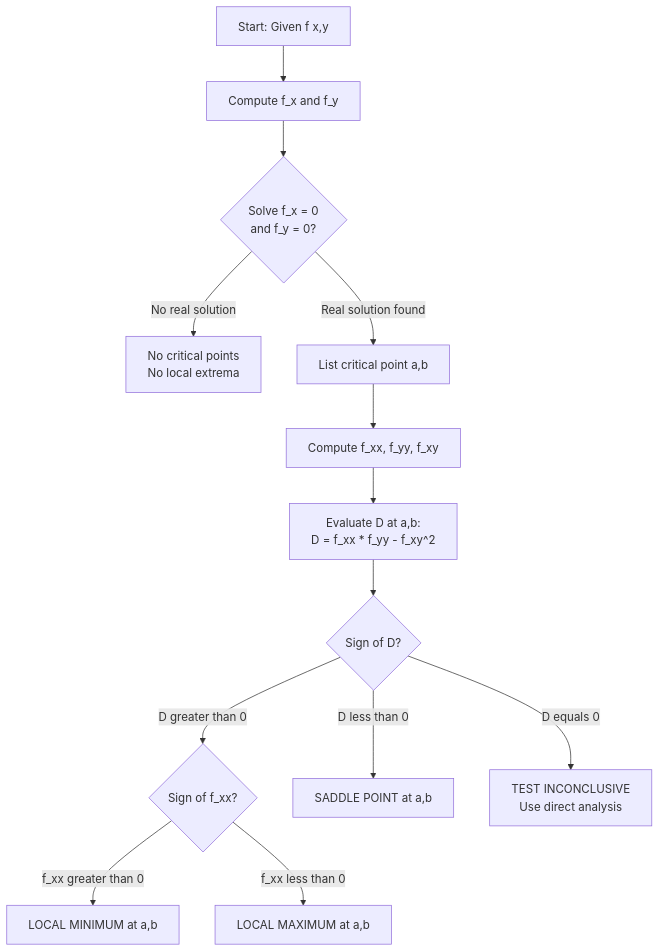
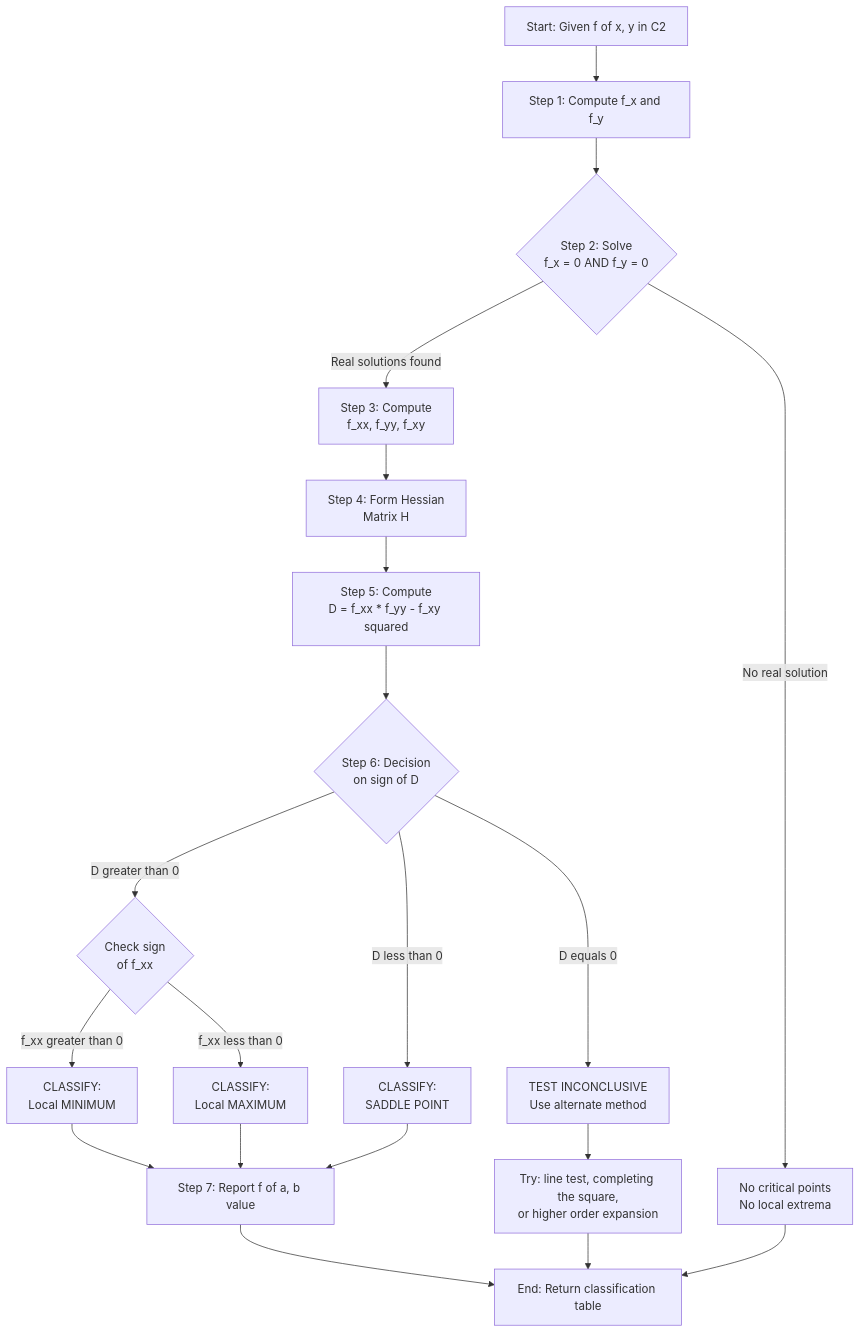
One commit to vishnuu-kr/ktunode changed the first of 4 diagrams in public/notes/computer-science-and-engineering/semester-1/gamat101-mathematics-for-information-science-1/03-module-3-the-chain-rule-functions-of-three-variables/second-derivative-test-for-local-extreme-values/notes.md. Above: the diagram before and after it, drawn with Mermaid. The commit also changed other lines of this file and 4829 other files, not shown here.

````diff
--- a/public/notes/computer-science-and-engineering/semester-1/gamat101-mathematics-for-information-science-1/03-module-3-the-chain-rule-functions-of-three-variables/second-derivative-test-for-local-extreme-values/notes.md
+++ b/public/notes/computer-science-and-engineering/semester-1/gamat101-mathematics-for-information-science-1/03-module-3-the-chain-rule-functions-of-three-variables/second-derivative-test-for-local-extreme-values/notes.md
@@ -383,15 +438,22 @@
 ```mermaid
 flowchart TD
-    A["Start: Given f x,y"] --> B["Compute f_x and f_y"]
-    B --> C{"Solve f_x = 0<br/>and f_y = 0?"}
-    C -- "No real solution" --> D["No critical points<br/>No local extrema"]
-    C -- "Real solution found" --> E["List critical point a,b"]
-    E --> F["Compute f_xx, f_yy, f_xy"]
-    F --> G["Evaluate D at a,b:<br/>D = f_xx * f_yy - f_xy^2"]
-    G --> H{"Sign of D?"}
-    H -- "D greater than 0" --> I{"Sign of f_xx?"}
-    H -- "D less than 0" --> J["SADDLE POINT at a,b"]
-    H -- "D equals 0" --> K["TEST INCONCLUSIVE<br/>Use direct analysis"]
-    I -- "f_xx greater than 0" --> L["LOCAL MINIMUM at a,b"]
-    I -- "f_xx less than 0" --> M["LOCAL MAXIMUM at a,b"]
+    A["Start: Given f of x, y in C2"] --> B["Step 1: Compute f_x and f_y"]
+    B --> C{"Step 2: Solve<br/>f_x = 0 AND f_y = 0"}
+    C -->|"No real solution"| D["No critical points<br/>No local extrema"]
+    C -->|"Real solutions found"| E["Step 3: Compute<br/>f_xx, f_yy, f_xy"]
+    E --> F["Step 4: Form Hessian<br/>Matrix H"]
+    F --> G["Step 5: Compute<br/>D = f_xx * f_yy - f_xy squared"]
+    G --> H{"Step 6: Decision<br/>on sign of D"}
+    H -->|"D greater than 0"| I{"Check sign<br/>of f_xx"}
+    I -->|"f_xx greater than 0"| J["CLASSIFY:<br/>Local MINIMUM"]
+    I -->|"f_xx less than 0"| K["CLASSIFY:<br/>Local MAXIMUM"]
+    H -->|"D less than 0"| L["CLASSIFY:<br/>SADDLE POINT"]
+    H -->|"D equals 0"| M["TEST INCONCLUSIVE<br/>Use alternate method"]
+    J --> N["Step 7: Report f of a, b value"]
+    K --> N
+    L --> N
+    M --> O["Try: line test, completing the square,<br/>or higher order expansion"]
+    N --> P["End: Return classification table"]
+    O --> P
+    D --> P
 ```
````
